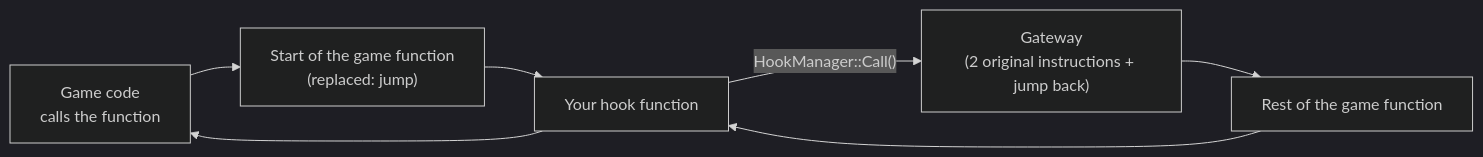
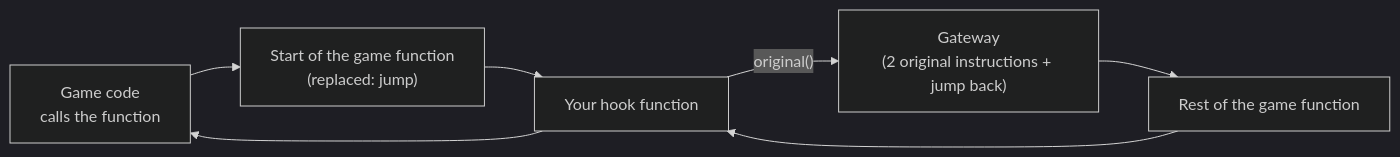
One commit to David-Darras/sango-plugin changed the diagram in docs/concepts/hooks-and-addresses.md. Above: the diagram before and after it, drawn with Mermaid (dark theme). The commit also changed other lines of this file and 74 other files, not shown here.

````diff
--- a/docs/concepts/hooks-and-addresses.md
+++ b/docs/concepts/hooks-and-addresses.md
@@ -45,9 +45,9 @@
 ```mermaid
 flowchart LR
     Caller["Game code<br/>calls the function"] --> Start["Start of the game function<br/>(replaced: jump)"]
     Start --> Hook["Your hook function"]
-    Hook -- "HookManager::Call()" --> Gateway["Gateway<br/>(2 original instructions + jump back)"]
+    Hook -- "original()" --> Gateway["Gateway<br/>(2 original instructions + jump back)"]
     Gateway --> Rest["Rest of the game function"]
     Rest --> Hook
     Hook --> Caller
 ```
````
